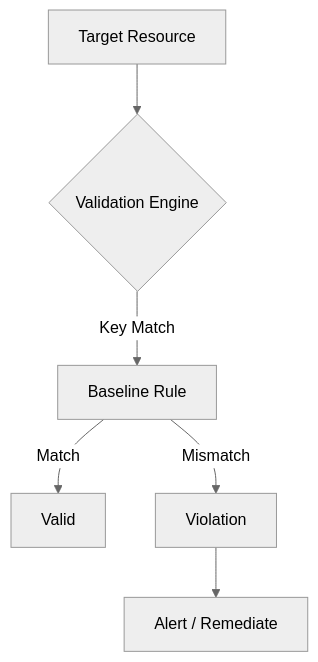
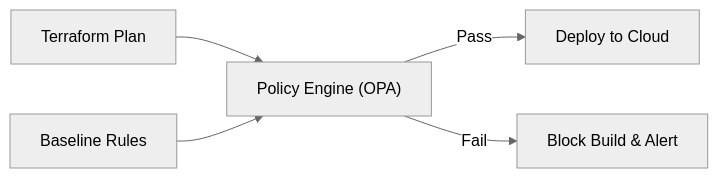
One commit to Devopstrio/security-baselines changed the fifth of 11 diagrams in README.md. Above: the diagram before and after it, drawn with Mermaid (neutral theme). The commit also changed other lines of this file, not shown here.

Commit message:
docs: implement 11+ professional architecture diagrams for security baselines platform

````diff
--- a/README.md
+++ b/README.md
@@ -82,8 +143,7 @@
 ```mermaid
-graph TD
-    Resource[Target Resource] --> Engine{Validation Engine}
-    Engine -->|Key Match| Rule[Baseline Rule]
-    Rule -->|Match| Pass[Valid]
-    Rule -->|Mismatch| Fail[Violation]
-    Fail --> Alert[Alert / Remediate]
+graph LR
+    HCL["Terraform Plan"] --> Engine["Policy Engine (OPA)"]
+    Baseline["Baseline Rules"] --> Engine
+    Engine -->|Pass| Deploy["Deploy to Cloud"]
+    Engine -->|Fail| Block["Block Build & Alert"]
 ```
````
